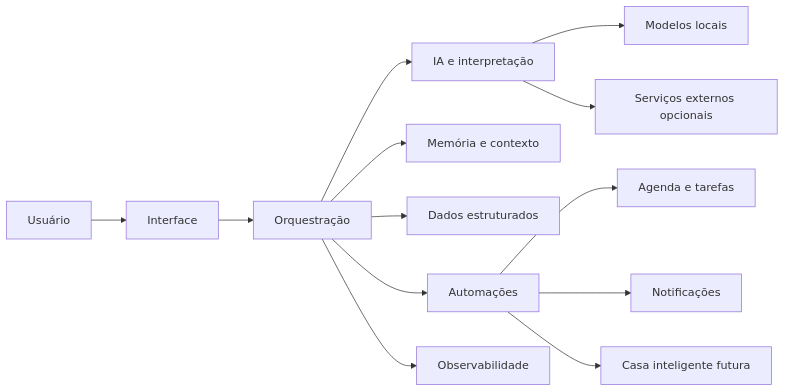
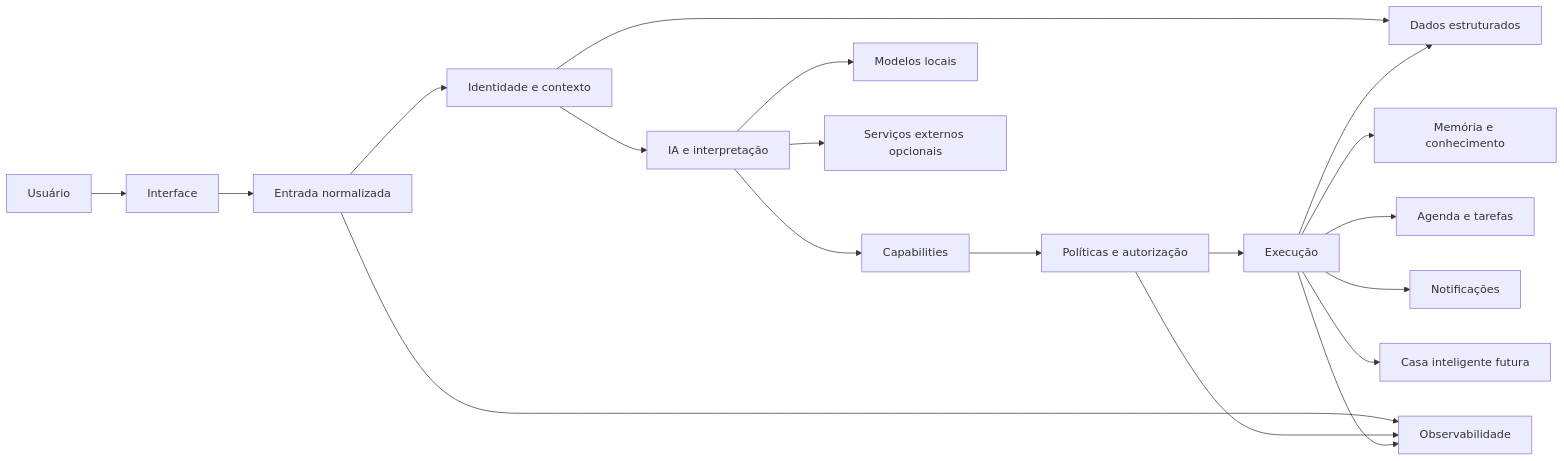
Before and after one commit to Pedro-Facundo/Runa: the diagram in docs/ARCHITECTURE.md, drawn with Mermaid. The commit also changed other lines of this file, not shown here.

Commit message:
docs: atualizar arquitetura pública com capabilities e políticas

````diff
--- a/docs/ARCHITECTURE.md
+++ b/docs/ARCHITECTURE.md
@@ -9,18 +9,24 @@
 ```mermaid
 flowchart LR
     U[Usuário] --> I[Interface]
-    I --> O[Orquestração]
+    I --> N[Entrada normalizada]
+    N --> C[Identidade e contexto]
+    C --> AI[IA e interpretação]
+    AI --> CAP[Capabilities]
+    CAP --> POL[Políticas e autorização]
+    POL --> AUTO[Execução]
 
-    O --> AI[IA e interpretação]
-    O --> MEM[Memória e contexto]
-    O --> DATA[Dados estruturados]
-    O --> AUTO[Automações]
-    O --> OBS[Observabilidade]
+    C --> DATA[Dados estruturados]
+    AUTO --> DATA
+    AUTO --> MEM[Memória e conhecimento]
+    AUTO --> CAL[Agenda e tarefas]
+    AUTO --> MSG[Notificações]
+    AUTO --> HOME[Casa inteligente futura]
 
     AI --> LOCAL[Modelos locais]
     AI --> EXT[Serviços externos opcionais]
 
-    AUTO --> CAL[Agenda e tarefas]
-    AUTO --> MSG[Notificações]
-    AUTO --> HOME[Casa inteligente futura]
+    N --> OBS[Observabilidade]
+    POL --> OBS
+    AUTO --> OBS
 ```
````
